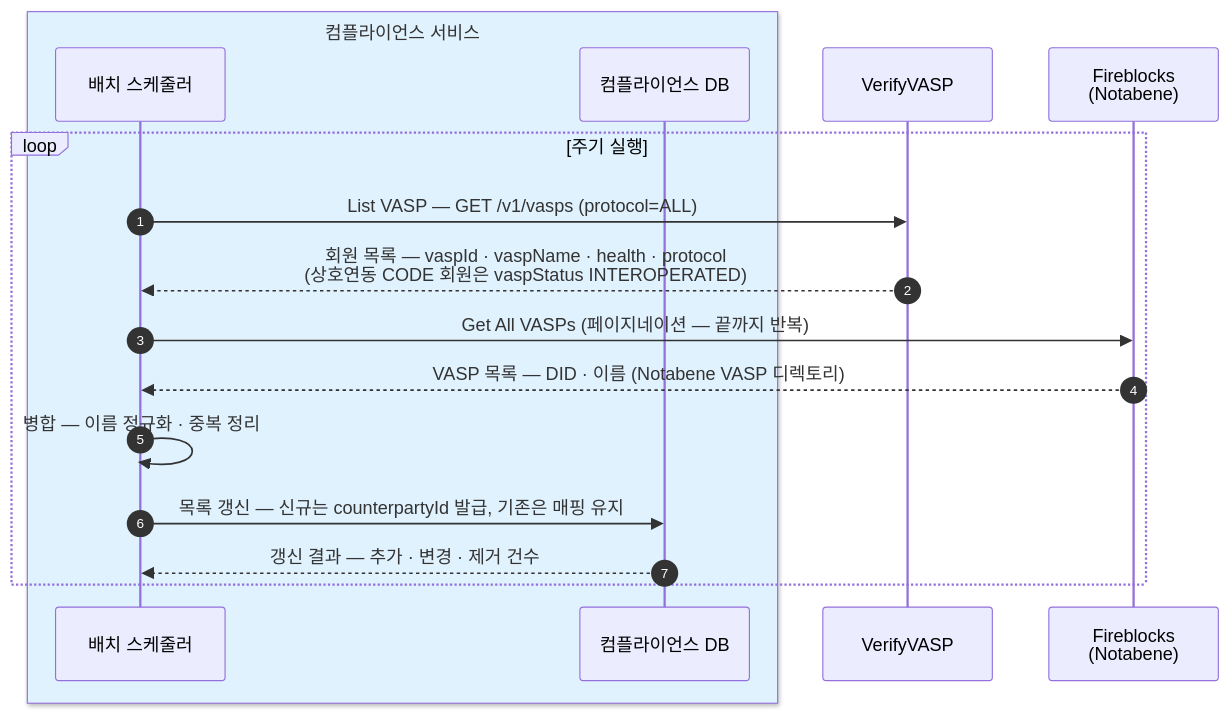
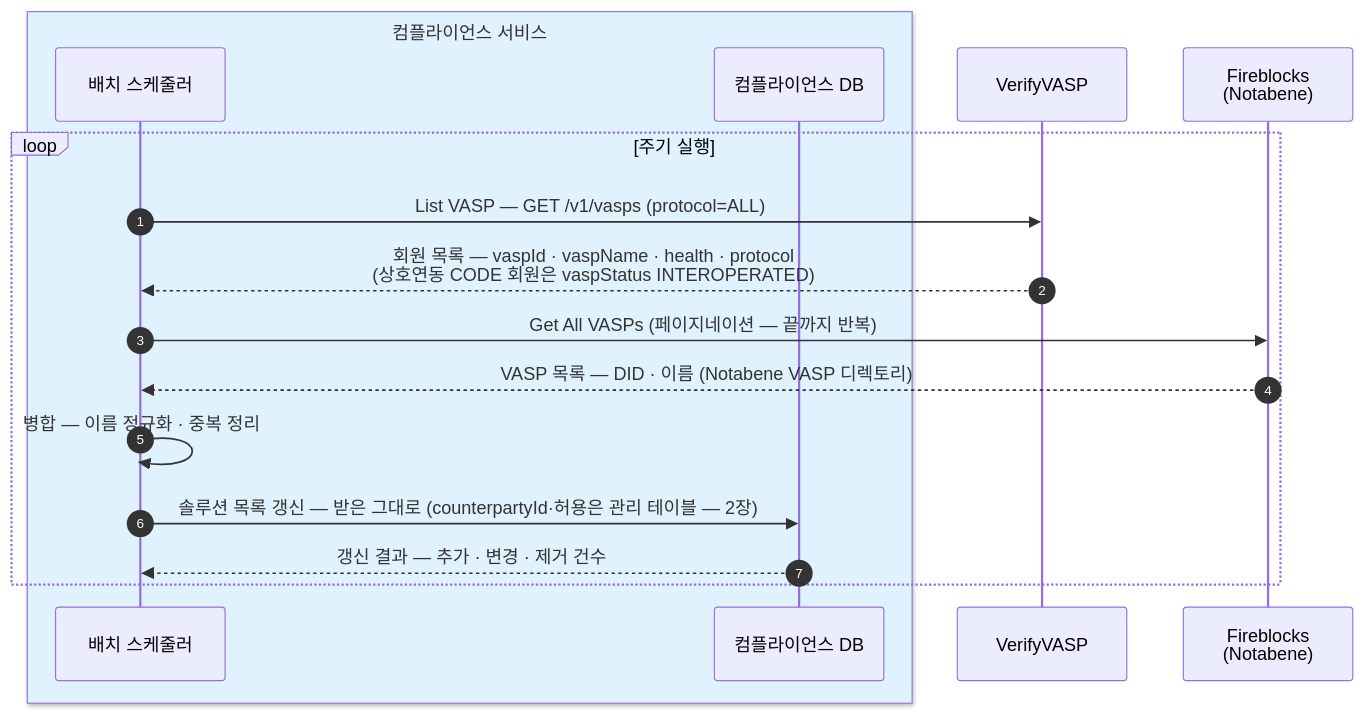
Before and after one commit to eunsujeo/eunpus: the second of 5 diagrams in blockchain-manager/docs/컴플라이언스/설계/01-interface.md, drawn with Mermaid. The commit also changed other lines of this file and 4 other files, not shown here.

````diff
--- a/blockchain-manager/docs/컴플라이언스/설계/01-interface.md
+++ b/blockchain-manager/docs/컴플라이언스/설계/01-interface.md
@@ -59,20 +102,20 @@
 ```mermaid
 sequenceDiagram
     autonumber
     box rgb(224,242,254) 컴플라이언스 서비스
     participant SCH as 배치 스케줄러
     participant DB as 컴플라이언스 DB
     end
     participant VV as VerifyVASP
     participant FB as Fireblocks<br/>(Notabene)
 
     loop 주기 실행
         SCH->>VV: List VASP — GET /v1/vasps (protocol=ALL)
         VV-->>SCH: 회원 목록 — vaspId · vaspName · health · protocol<br/>(상호연동 CODE 회원은 vaspStatus INTEROPERATED)
         SCH->>FB: Get All VASPs (페이지네이션 — 끝까지 반복)
         FB-->>SCH: VASP 목록 — DID · 이름 (Notabene VASP 디렉토리)
         SCH->>SCH: 병합 — 이름 정규화 · 중복 정리
-        SCH->>DB: 목록 갱신 — 신규는 counterpartyId 발급, 기존은 매핑 유지
+        SCH->>DB: 솔루션 목록 갱신 — 받은 그대로 (counterpartyId·허용은 관리 테이블 — 2장)
         DB-->>SCH: 갱신 결과 — 추가 · 변경 · 제거 건수
     end
 ```
````
